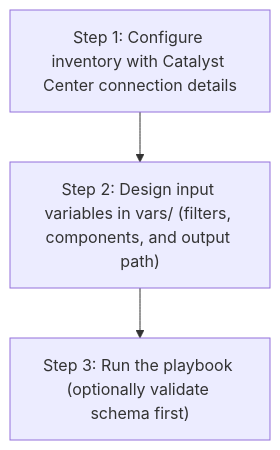
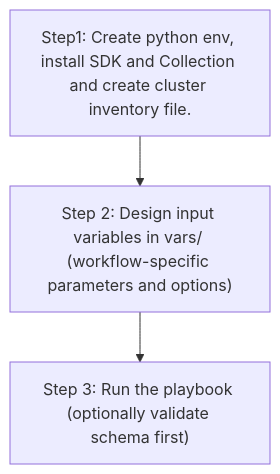
Before and after one commit to DNACENSolutions/dnac_ansible_workflows: the diagram in workflows/accesspoint_config_generator/README.md, drawn with Mermaid. The commit also changed other lines of this file and 71 other files, not shown here.

Commit message:
docs: reposition workflow user flow and update step 1 wording

````diff
--- a/workflows/accesspoint_config_generator/README.md
+++ b/workflows/accesspoint_config_generator/README.md
@@ -18,5 +109,5 @@
 ```mermaid
 flowchart TD
-  S1["Step 1: Configure inventory with Catalyst Center connection details"] --> S2["Step 2: Design input variables in vars/ (filters, components, and output path)"]
+  S1["Step1: Create python env, install SDK and Collection and create cluster inventory file."] --> S2["Step 2: Design input variables in vars/ (workflow-specific parameters and options)"]
   S2 --> S3["Step 3: Run the playbook (optionally validate schema first)"]
 ```
````
